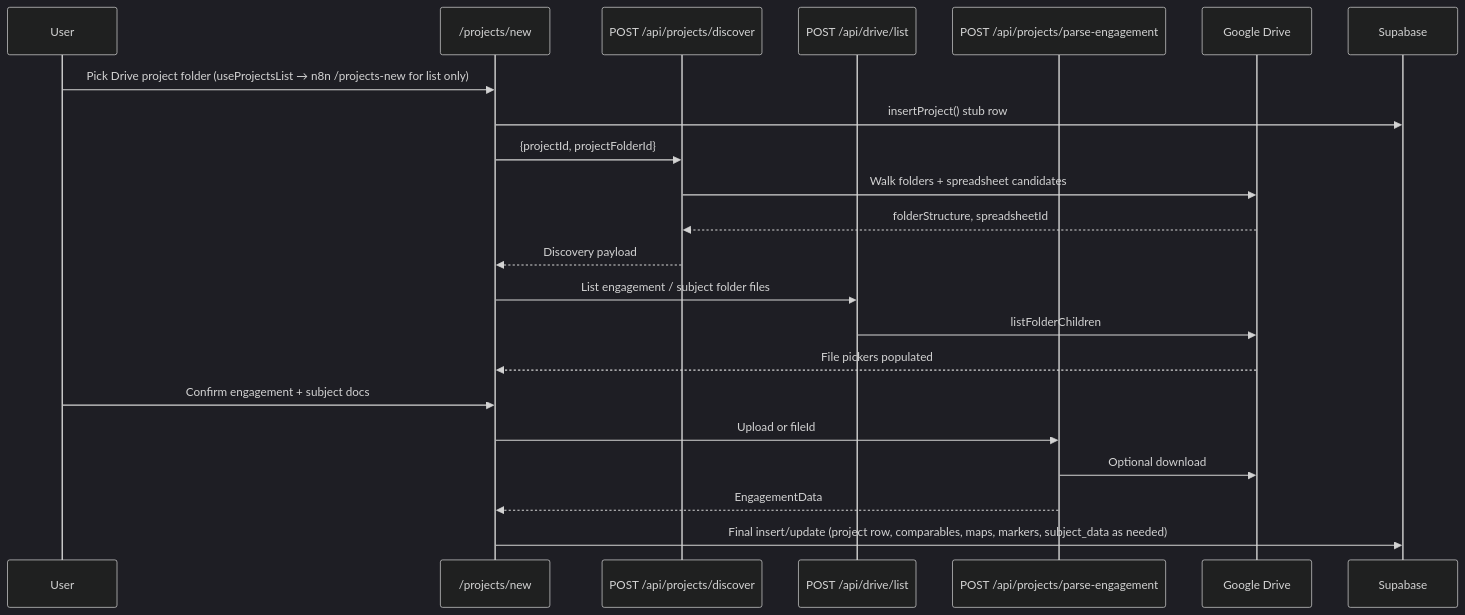
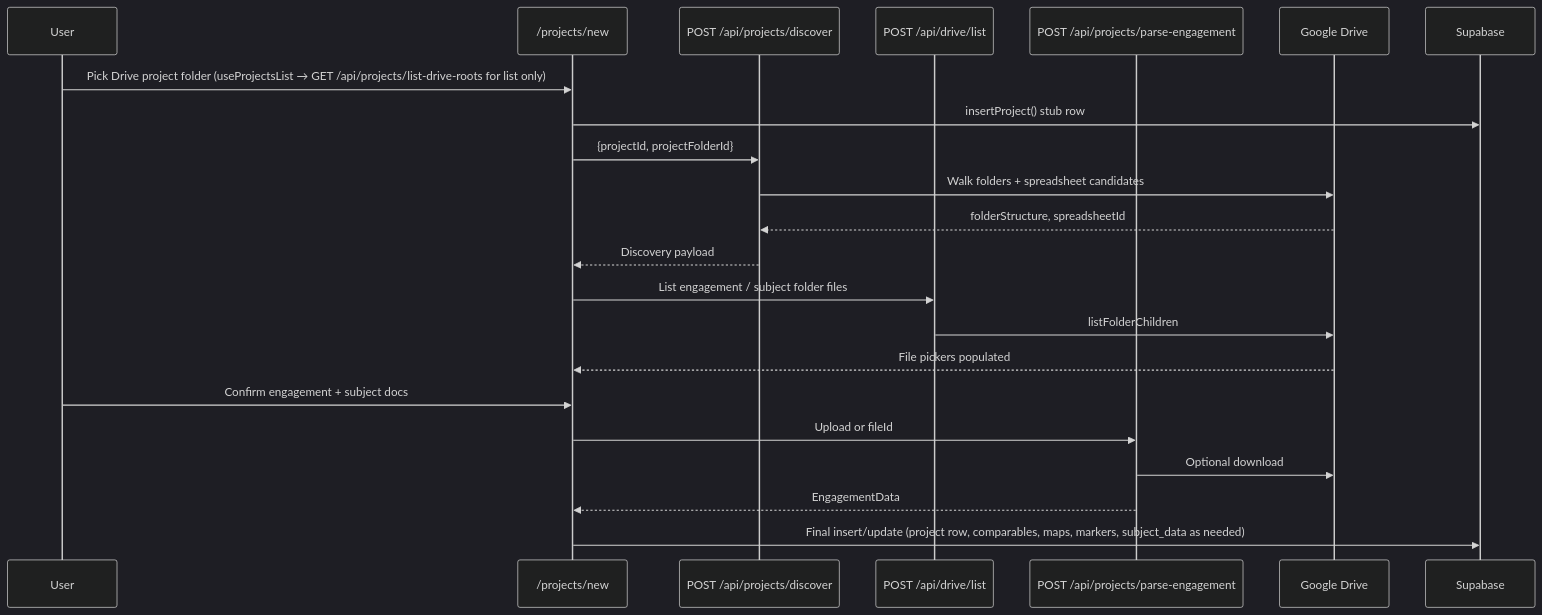
Before and after one commit to dougiefresh49/appraisal-comps-map: the first of 8 diagrams in docs/product/data-flow.md, drawn with Mermaid (dark theme). The commit also changed other lines of this file and 21 other files, not shown here.

````diff
--- a/docs/product/data-flow.md
+++ b/docs/product/data-flow.md
@@ -11,28 +11,28 @@
 ```mermaid
 sequenceDiagram
     participant User
     participant NewProjectPage as /projects/new
     participant Discover as POST /api/projects/discover
     participant DriveList as POST /api/drive/list
     participant ParseEng as POST /api/projects/parse-engagement
     participant GDrive as Google Drive
     participant Supabase
 
-    User->>NewProjectPage: Pick Drive project folder (useProjectsList → n8n /projects-new for list only)
+    User->>NewProjectPage: Pick Drive project folder (useProjectsList → GET /api/projects/list-drive-roots for list only)
     NewProjectPage->>Supabase: insertProject() stub row
     NewProjectPage->>Discover: {projectId, projectFolderId}
     Discover->>GDrive: Walk folders + spreadsheet candidates
     GDrive-->>Discover: folderStructure, spreadsheetId
     Discover-->>NewProjectPage: Discovery payload
 
     NewProjectPage->>DriveList: List engagement / subject folder files
     DriveList->>GDrive: listFolderChildren
     GDrive-->>NewProjectPage: File pickers populated
 
     User->>NewProjectPage: Confirm engagement + subject docs
     NewProjectPage->>ParseEng: Upload or fileId
     ParseEng->>GDrive: Optional download
     ParseEng-->>NewProjectPage: EngagementData
 
     NewProjectPage->>Supabase: Final insert/update (project row, comparables, maps, markers, subject_data as needed)
 ```
````
